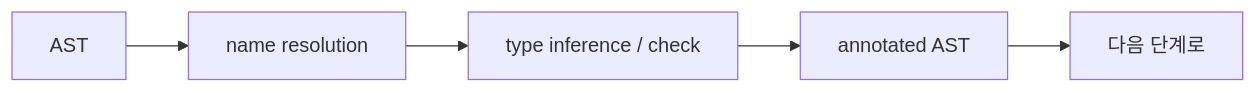
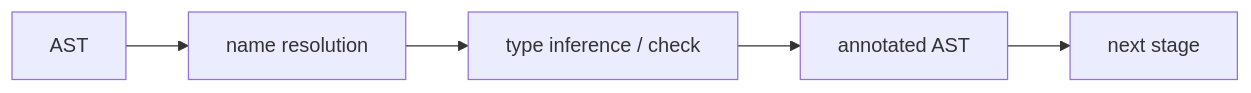
One commit to yeongseon-books/book-content changed the diagram in content/compilers-101/ko/04-semantic-analysis.md. Above: the diagram before and after it, drawn with Mermaid. The commit also changed other lines of this file and 9 other files, not shown here.

````diff
--- a/content/compilers-101/ko/04-semantic-analysis.md
+++ b/content/compilers-101/ko/04-semantic-analysis.md
@@ -35,7 +45,7 @@
 ```mermaid
 flowchart LR
     A["AST"] --> B["name resolution"]
     B --> C["type inference / check"]
     C --> D["annotated AST"]
-    D --> E["다음 단계로"]
+    D --> E["next stage"]
 ```
````
